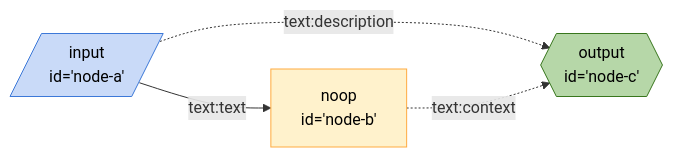
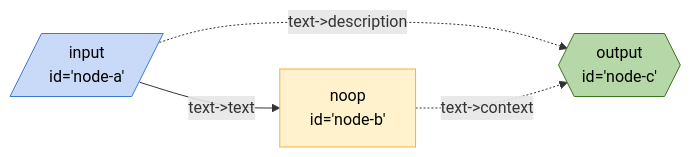
One commit to breadboard-ai/breadboard changed the seventh of 11 diagrams in seeds/graph-runner/docs/graphs/tests-data.md. Above: the diagram before and after it, drawn with Mermaid. The commit also changed other lines of this file and 12 other files, not shown here.

Commit message:
[graph-runner] Add a simple loop test.

````diff
--- a/seeds/graph-runner/docs/graphs/tests-data.md
+++ b/seeds/graph-runner/docs/graphs/tests-data.md
@@ -90,21 +108,15 @@
 ```mermaid
 %%{init: 'themeVariables': { 'fontFamily': 'Fira Code, monospace' }}%%
 graph LR;
-nodea[/"input
-id='node-a'"/]:::input -. text:description .-> nodec{{"output
-id='node-c'"}}:::output
-nodea[/"input
-id='node-a'"/]:::input -- text:text --> nodeb["noop
-id='node-b'"]
-nodeb["noop
-id='node-b'"] -. text:context .-> nodec{{"output
-id='node-c'"}}:::output
+nodea[/"input <br> id='node-a'"/]:::input -. "text->description" .-> nodec{{"output <br> id='node-c'"}}:::output
+nodea[/"input <br> id='node-a'"/]:::input -- "text->text" --> nodeb["noop <br> id='node-b'"]
+nodeb["noop <br> id='node-b'"] -. "text->context" .-> nodec{{"output <br> id='node-c'"}}:::output
 classDef default stroke:#ffab40,fill:#fff2ccff,color:#000
 classDef input stroke:#3c78d8,fill:#c9daf8ff,color:#000
 classDef output stroke:#38761d,fill:#b6d7a8ff,color:#000
 classDef passthrough stroke:#a64d79,fill:#ead1dcff,color:#000
 classDef slot stroke:#a64d79,fill:#ead1dcff,color:#000
 classDef config stroke:#a64d79,fill:#ead1dcff,color:#000
 classDef secrets stroke:#db4437,fill:#f4cccc,color:#000
 classDef slotted stroke:#a64d79
 ```
````
